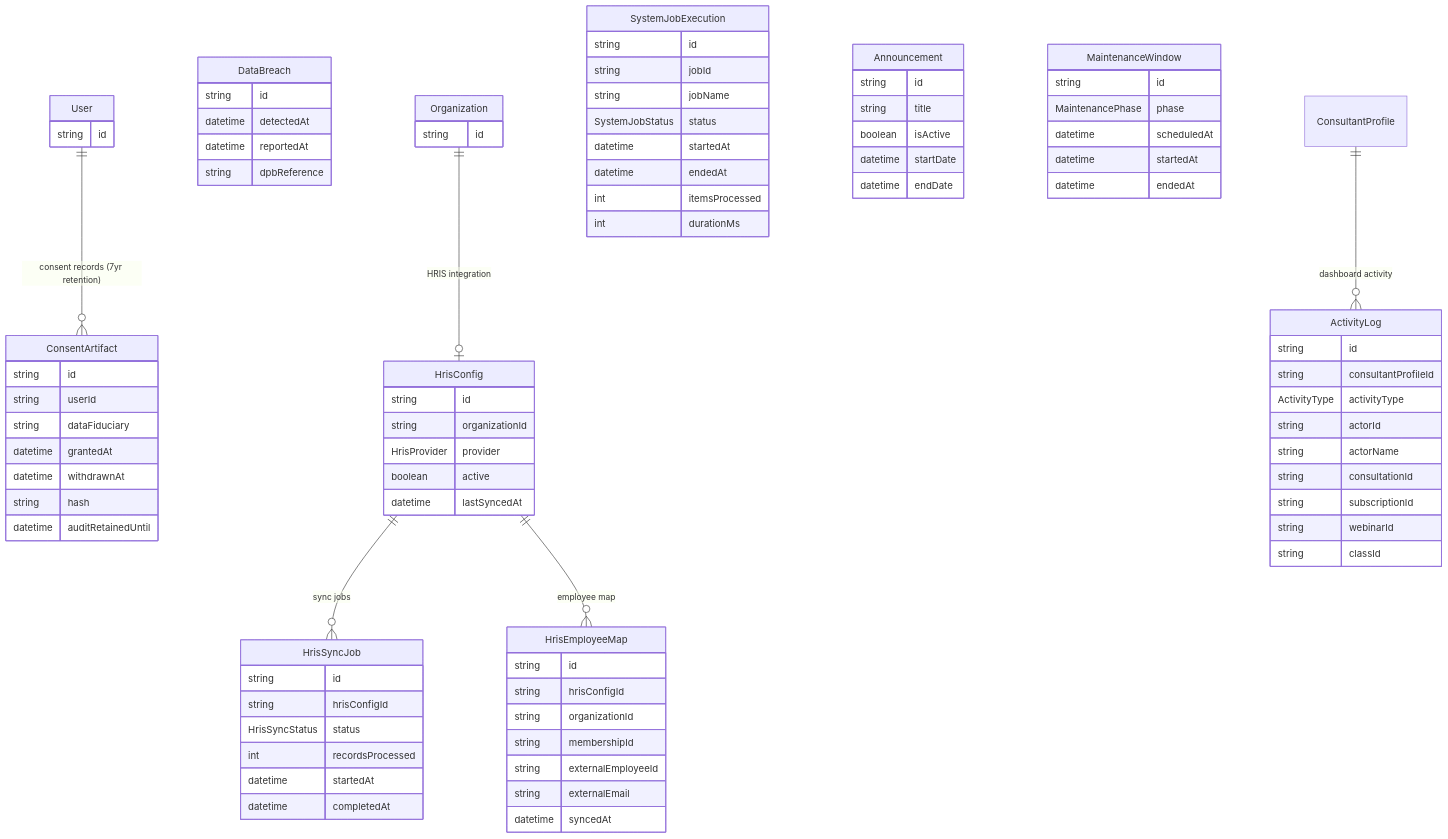
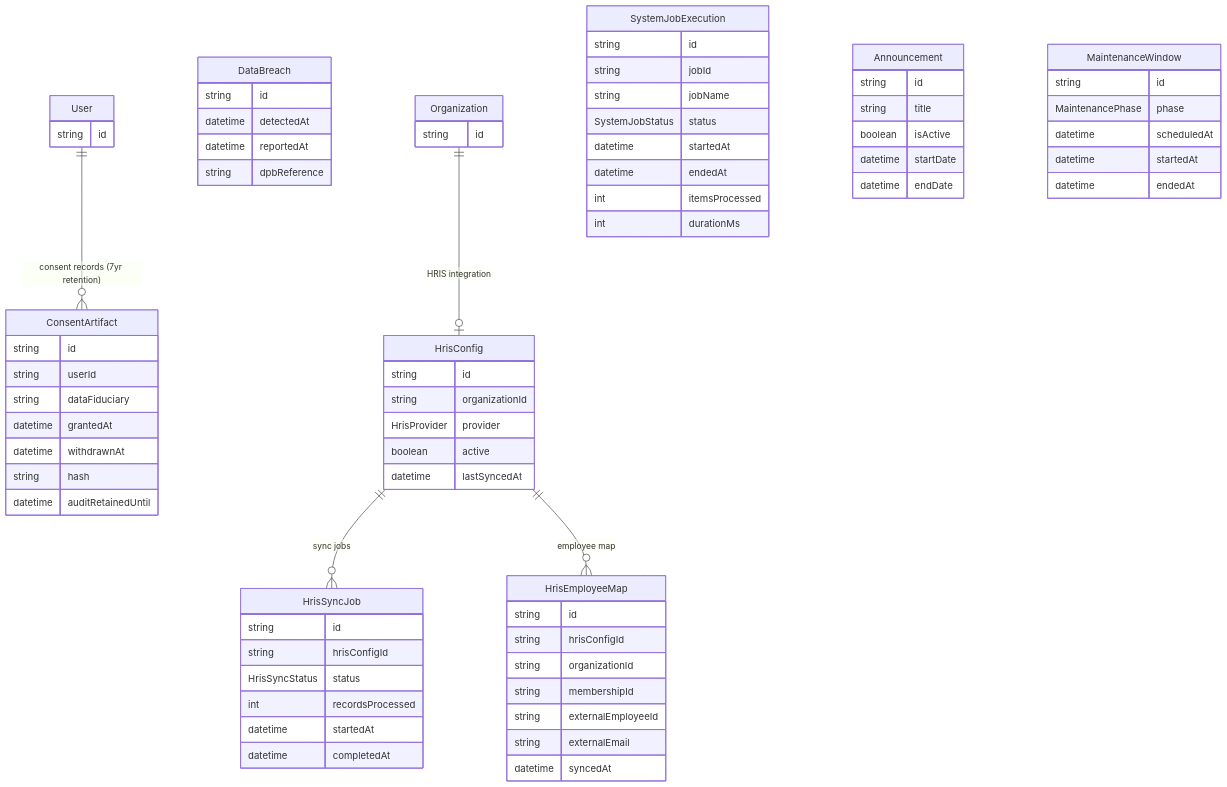
Diagram 24 of 24 in docs/prisma/00-schema-map.md (Practitionist/familiarise_web), drawn with Mermaid before and after one commit. The commit also changed other lines of this file and 33 other files, not shown here.

````diff
--- a/docs/prisma/00-schema-map.md
+++ b/docs/prisma/00-schema-map.md
@@ -1799,17 +1798,6 @@
         string externalEmail
         datetime syncedAt
     }
-    ActivityLog {
-        string id
-        string consultantProfileId
-        ActivityType activityType
-        string actorId
-        string actorName
-        string consultationId
-        string subscriptionId
-        string webinarId
-        string classId
-    }
     SystemJobExecution {
         string id
         string jobId
@@ -1839,5 +1827,4 @@
     Organization ||--o| HrisConfig : "HRIS integration"
     HrisConfig ||--o{ HrisSyncJob : "sync jobs"
     HrisConfig ||--o{ HrisEmployeeMap : "employee map"
-    ConsultantProfile ||--o{ ActivityLog : "dashboard activity"
 ```
````
